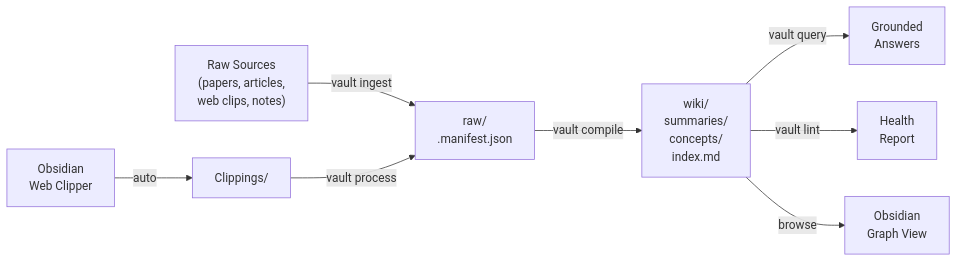
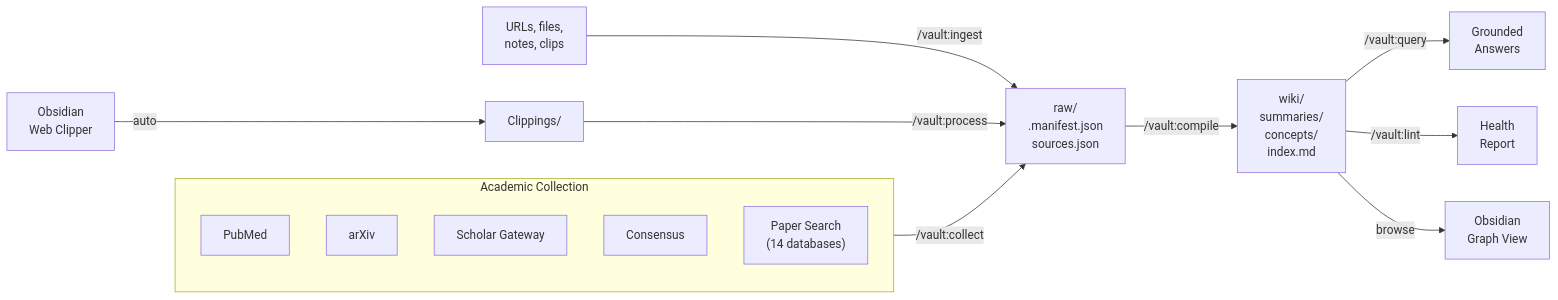
The first of 3 diagrams in README.md (psypeal/claude-knowledge-vault), drawn with Mermaid before and after one commit. The commit also changed other lines of this file and 25 other files, not shown here.

First line of the commit message:
v2.0.0: Transform skill into full plugin with MCP academic collection

````diff
--- a/README.md
+++ b/README.md
@@ -25,10 +26,18 @@
 ```mermaid
 flowchart LR
-    A["Raw Sources\n(papers, articles,\nweb clips, notes)"] -->|vault ingest| B["raw/\n.manifest.json"]
-    C["Obsidian\nWeb Clipper"] -->|auto| D["Clippings/"]
-    D -->|vault process| B
-    B -->|vault compile| E["wiki/\nsummaries/\nconcepts/\nindex.md"]
-    E -->|vault query| F["Grounded\nAnswers"]
-    E -->|vault lint| G["Health\nReport"]
-    E -->|browse| H["Obsidian\nGraph View"]
+    subgraph collect ["Academic Collection"]
+        P["PubMed"]
+        X["arXiv"]
+        S["Scholar Gateway"]
+        CO["Consensus"]
+        PS["Paper Search\n(14 databases)"]
+    end
+    collect -->|"/vault:collect"| R["raw/\n.manifest.json\nsources.json"]
+    A["URLs, files,\nnotes, clips"] -->|"/vault:ingest"| R
+    CL["Obsidian\nWeb Clipper"] -->|auto| CLP["Clippings/"]
+    CLP -->|"/vault:process"| R
+    R -->|"/vault:compile"| W["wiki/\nsummaries/\nconcepts/\nindex.md"]
+    W -->|"/vault:query"| ANS["Grounded\nAnswers"]
+    W -->|"/vault:lint"| H["Health\nReport"]
+    W -->|browse| O["Obsidian\nGraph View"]
 ```
````
